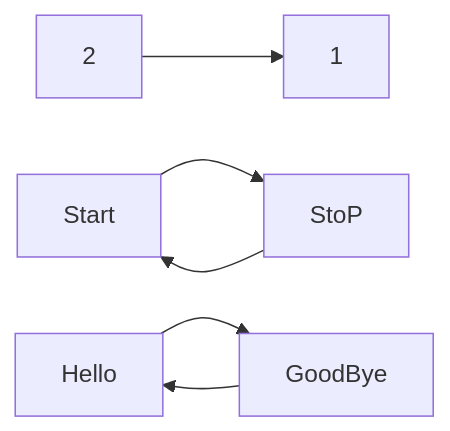
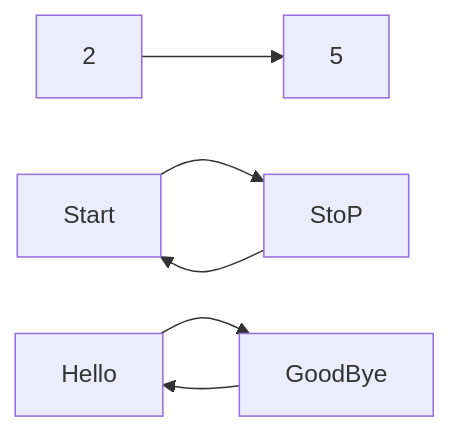
One commit to NU-Teams/TEST-MERMAIDJS-ACTION changed the diagram in README.md. Above: the diagram before and after it, drawn with Mermaid.

````diff
--- a/README.md
+++ b/README.md
@@ -7,9 +7,9 @@
 ```mermaid
 flowchart LR
     Start --> StoP
     StoP --> Start
     Hello --> GoodBye
     GoodBye --> Hello
-    2 --> 1
+    2 --> 5
     
 ```
````
